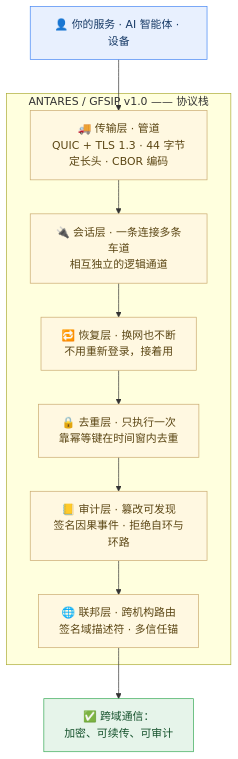
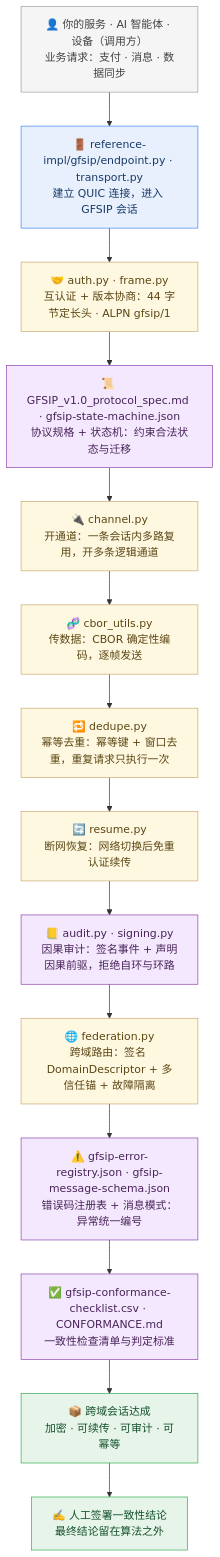
The diagram in README-zh.md (nohn3043-arch/Antares), drawn with Mermaid before and after one commit. The commit also changed other lines of this file and 1 other file, not shown here.

Commit message:
docs: redraw architecture as a module-level flowchart (EN+ZH)

````diff
--- a/README-zh.md
+++ b/README-zh.md
@@ -38,30 +38,44 @@
 ```mermaid
 flowchart TB
-    U["👤 你的服务 · AI 智能体 · 设备"]
+    UP["👤 你的服务 · AI 智能体 · 设备（调用方）<br/>业务请求：支付 · 消息 · 数据同步"]
 
-    subgraph STACK["ANTARES / GFSIP v1.0 —— 协议栈"]
-        T["🚚 传输层 · 管道<br/>QUIC + TLS 1.3 · 44 字节定长头 · CBOR 编码"]
-        S["🔌 会话层 · 一条连接多条车道<br/>相互独立的逻辑通道"]
-        R["🔁 恢复层 · 换网也不断<br/>不用重新登录，接着用"]
-        I["🔒 去重层 · 只执行一次<br/>靠幂等键在时间窗内去重"]
-        A["📒 审计层 · 篡改可发现<br/>签名因果事件 · 拒绝自环与环路"]
-        F["🌐 联邦层 · 跨机构路由<br/>签名域描述符 · 多信任锚"]
-    end
+    A1["🚪 reference-impl/gfsip/endpoint.py · transport.py<br/>建立 QUIC 连接，进入 GFSIP 会话"]
+    A2["🤝 auth.py · frame.py<br/>互认证 + 版本协商：44 字节定长头 · ALPN gfsip/1"]
+    A3["📜 GFSIP_v1.0_protocol_spec.md · gfsip-state-machine.json<br/>协议规格 + 状态机：约束合法状态与迁移"]
+    A4["🔌 channel.py<br/>开通道：一条会话内多路复用，开多条逻辑通道"]
+    A5["🧬 cbor_utils.py<br/>传数据：CBOR 确定性编码，逐帧发送"]
+    A6["🔁 dedupe.py<br/>幂等去重：幂等键 + 窗口去重，重复请求只执行一次"]
+    A7["🔄 resume.py<br/>断网恢复：网络切换后免重认证续传"]
+    A8["📒 audit.py · signing.py<br/>因果审计：签名事件 + 声明因果前驱，拒绝自环与环路"]
+    A9["🌐 federation.py<br/>跨域路由：签名 DomainDescriptor + 多信任锚 + 故障隔离"]
+    A10["⚠️ gfsip-error-registry.json · gfsip-message-schema.json<br/>错误码注册表 + 消息模式：异常统一编号"]
+    A11["✅ gfsip-conformance-checklist.csv · CONFORMANCE.md<br/>一致性检查清单与判定标准"]
 
-    OUT["✅ 跨域通信：<br/>加密、可续传、可审计"]
+    OUT["📦 跨域会话达成<br/>加密 · 可续传 · 可审计 · 可幂等"]
+    HUMAN["✍️ 人工签署一致性结论<br/>最终结论留在算法之外"]
 
-    U --> T
-    T --> S
-    S --> R
-    R --> I
-    I --> A
-    A --> F
-    F --> OUT
+    UP --> A1
+    A1 --> A2
+    A2 --> A3
+    A3 --> A4
+    A4 --> A5
+    A5 --> A6
+    A6 --> A7
+    A7 --> A8
+    A8 --> A9
+    A9 --> A10
+    A10 --> A11
+    A11 --> OUT
+    OUT --> HUMAN
 
+    classDef cUp fill:#F5F5F5,stroke:#9E9E9E,stroke-width:1px,color:#424242
     classDef cIn fill:#E8F0FE,stroke:#4285F4,stroke-width:1px,color:#173A66
     classDef cCore fill:#FFF8E1,stroke:#C9A96E,stroke-width:1px,color:#5B4614
+    classDef cSide fill:#F3E8FD,stroke:#8E44AD,stroke-width:1px,color:#4A235A
     classDef cOut fill:#E6F4EA,stroke:#34A853,stroke-width:1px,color:#14512B
-    class U cIn
-    class T,S,R,I,A,F cCore
-    class OUT cOut
+    class UP cUp
+    class A1 cIn
+    class A2,A4,A5,A6,A7,A9 cCore
+    class A3,A8,A10,A11 cSide
+    class OUT,HUMAN cOut
 ```
````
